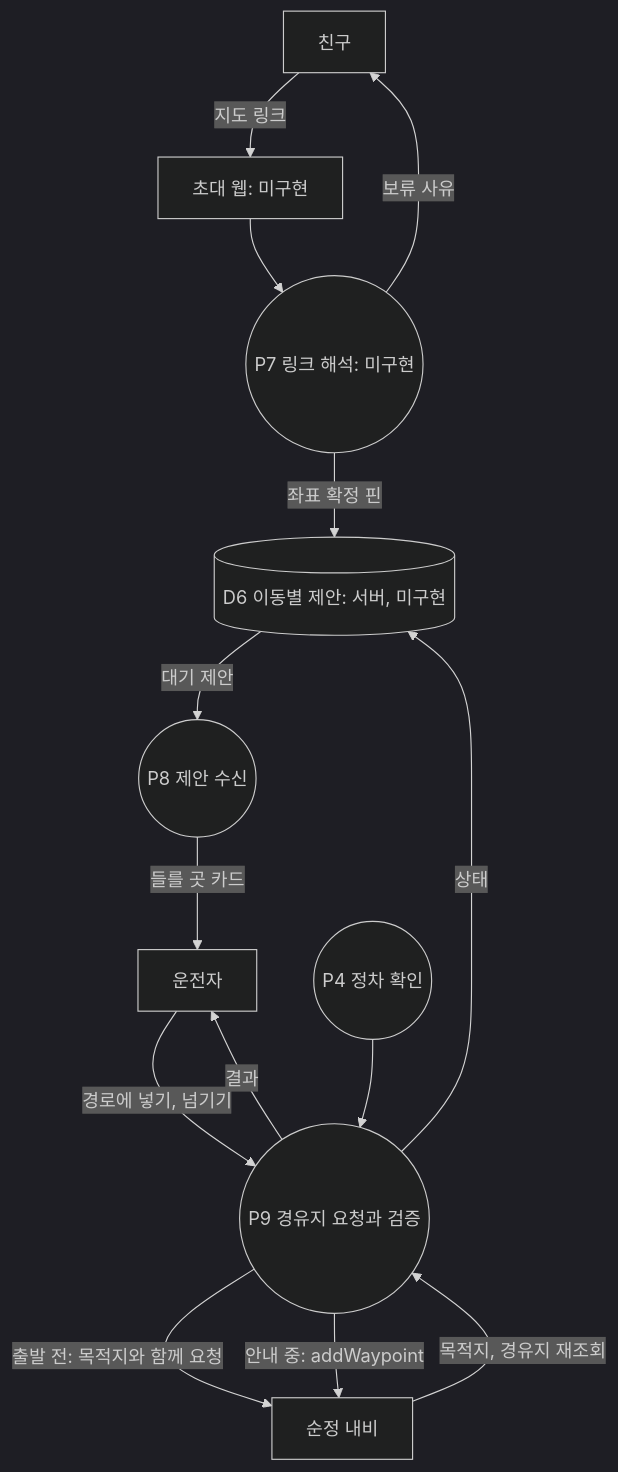
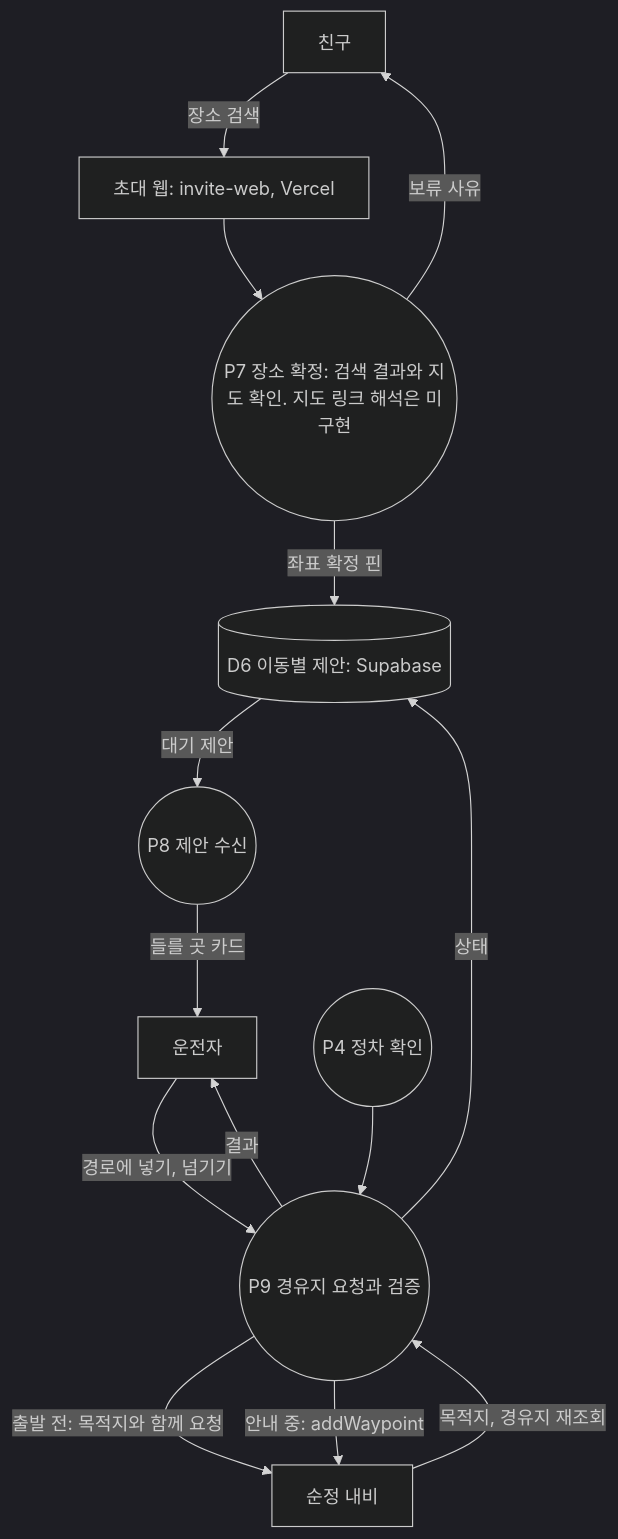
One commit to nulgil-team/nulgil changed the fifth of 5 diagrams in frontend/docs/03_DFD와_시스템구조.md. Above: the diagram before and after it, drawn with Mermaid (dark theme). The commit also changed other lines of this file and 12 other files, not shown here.

````diff
--- a/frontend/docs/03_DFD와_시스템구조.md
+++ b/frontend/docs/03_DFD와_시스템구조.md
@@ -183,16 +183,16 @@
 ```mermaid
 flowchart TB
-  F[친구] -- 지도 링크 --> W[초대 웹: 미구현]
-  W --> P7((P7 링크 해석: 미구현))
-  P7 -- 좌표 확정 핀 --> DS6[(D6 이동별 제안: 서버, 미구현)]
+  F[친구] -- 장소 검색 --> W[초대 웹: invite-web, Vercel]
+  W --> P7((P7 장소 확정: 검색 결과와 지도 확인. 지도 링크 해석은 미구현))
+  P7 -- 좌표 확정 핀 --> DS6[(D6 이동별 제안: Supabase)]
   P7 -- 보류 사유 --> F
   DS6 -- 대기 제안 --> P8((P8 제안 수신))
   P8 -- 들를 곳 카드 --> D[운전자]
   D -- 경로에 넣기, 넘기기 --> P9((P9 경유지 요청과 검증))
   P4((P4 정차 확인)) --> P9
   P9 -- 출발 전: 목적지와 함께 요청 --> N[순정 내비]
   P9 -- 안내 중: addWaypoint --> N
   N -- 목적지, 경유지 재조회 --> P9
   P9 -- 결과 --> D
   P9 -- 상태 --> DS6
 ```
````
